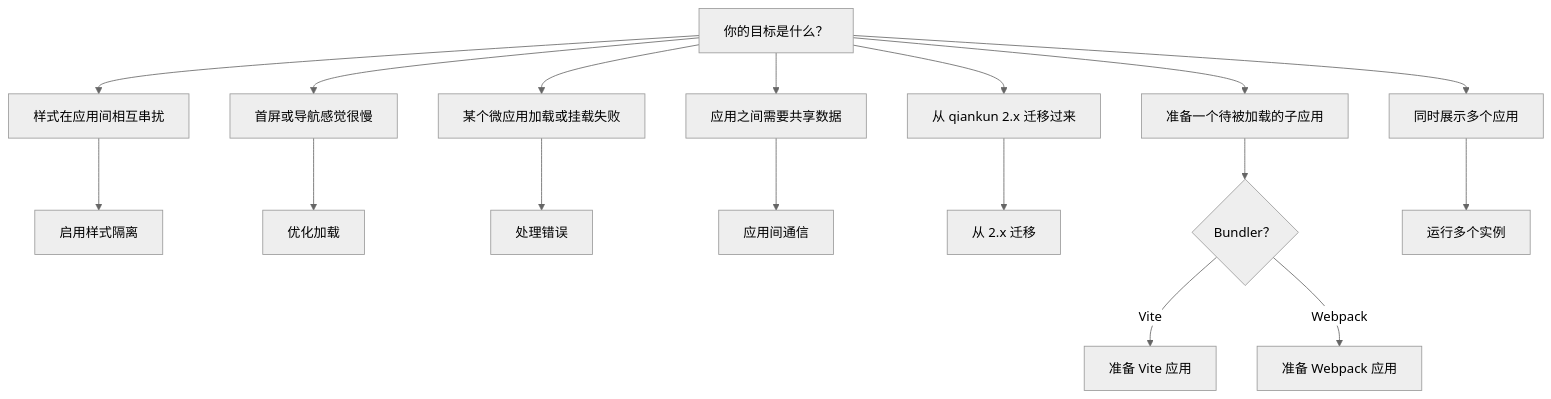
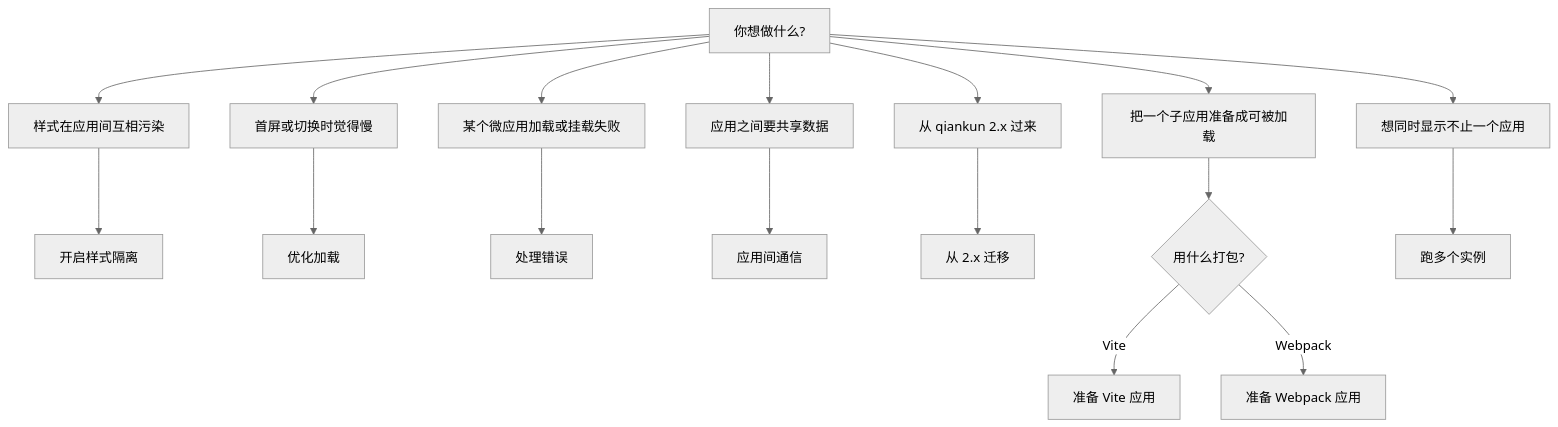
One commit to umijs/qiankun changed the diagram in docs/zh-CN/cookbook/index.md. Above: the diagram before and after it, drawn with Mermaid (neutral theme). The commit also changed other lines of this file and 63 other files, not shown here.

````diff
--- a/docs/zh-CN/cookbook/index.md
+++ b/docs/zh-CN/cookbook/index.md
@@ -29,20 +29,20 @@
 ```mermaid
 flowchart TD
-  A[你的目标是什么？] --> B[样式在应用间相互串扰]
-  A --> C[首屏或导航感觉很慢]
+  A[你想做什么?] --> B[样式在应用间互相污染]
+  A --> C[首屏或切换时觉得慢]
   A --> D[某个微应用加载或挂载失败]
-  A --> E[应用之间需要共享数据]
-  A --> F[从 qiankun 2.x 迁移过来]
-  A --> G[准备一个待被加载的子应用]
-  A --> H[同时展示多个应用]
+  A --> E[应用之间要共享数据]
+  A --> F[从 qiankun 2.x 过来]
+  A --> G[把一个子应用准备成可被加载]
+  A --> H[想同时显示不止一个应用]
 
-  B --> B1[启用样式隔离]
+  B --> B1[开启样式隔离]
   C --> C1[优化加载]
   D --> D1[处理错误]
   E --> E1[应用间通信]
   F --> F1[从 2.x 迁移]
-  G --> G1{Bundler？}
+  G --> G1{用什么打包?}
   G1 -->|Vite| G2[准备 Vite 应用]
   G1 -->|Webpack| G3[准备 Webpack 应用]
-  H --> H1[运行多个实例]
+  H --> H1[跑多个实例]
 ```
````
